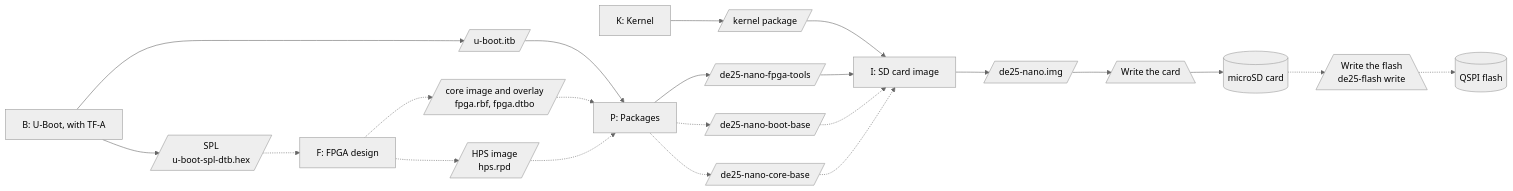
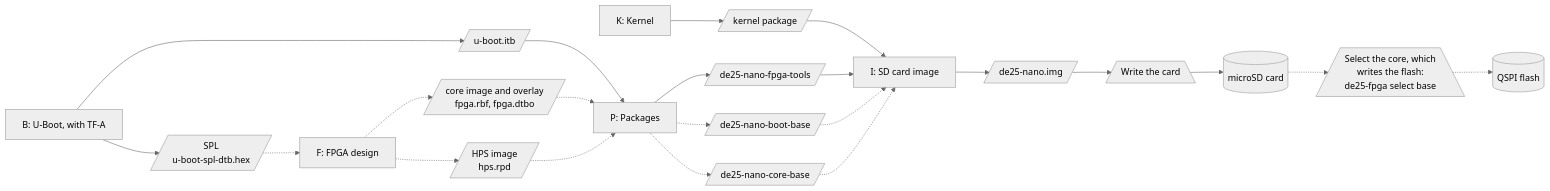
Before and after one commit to jclark/de25-nano-debian: the diagram in build.md, drawn with Mermaid (neutral theme). The commit also changed other lines of this file and 23 other files, not shown here.

````diff
--- a/build.md
+++ b/build.md
@@ -76,31 +77,31 @@
 ```mermaid
 flowchart LR
   P1["B: U-Boot, with TF-A"]
   P2["K: Kernel"]
   P3["F: FPGA design"]
   P5["P: Packages"]
   P4["I: SD card image"]
   itb[/"u-boot.itb"/]
   spl[/"SPL<br/>u-boot-spl-dtb.hex"/]
   kpkg[/"kernel package"/]
   rbf[/"core image and overlay<br/>fpga.rbf, fpga.dtbo"/]
   rpd[/"HPS image<br/>hps.rpd"/]
   tools[/"de25-nano-fpga-tools"/]
   bpkg[/"de25-nano-boot-base"/]
   cpkg[/"de25-nano-core-base"/]
   img[/"de25-nano.img"/]
   wc[/"Write the card"\]
-  wf[/"Write the flash<br/>de25-flash write"\]
+  wf[/"Select the core, which<br/>writes the flash:<br/>de25-fpga select base"\]
   sd[("microSD card")]
   qspi[("QSPI flash")]
   P1 --> itb --> P5
   P1 --> spl -.-> P3
   P2 --> kpkg --> P4
   P3 -.-> rbf -.-> P5
   P3 -.-> rpd -.-> P5
   P5 --> tools --> P4
   P5 -.-> bpkg -.-> P4
   P5 -.-> cpkg -.-> P4
   P4 --> img --> wc --> sd
   sd -.-> wf -.-> qspi
 ```
````
